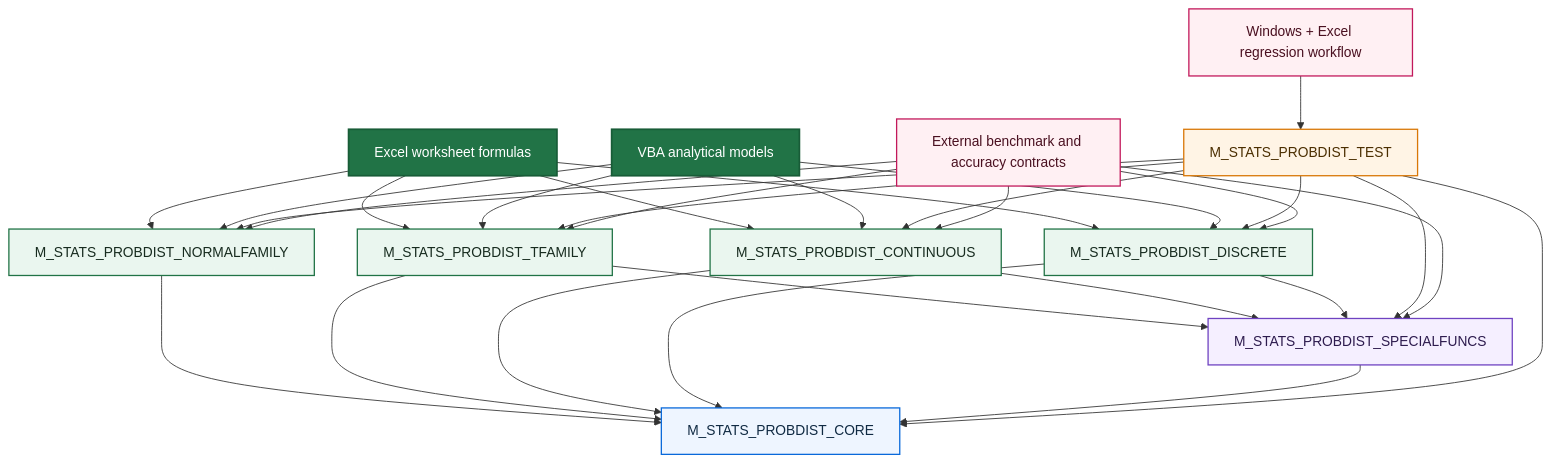
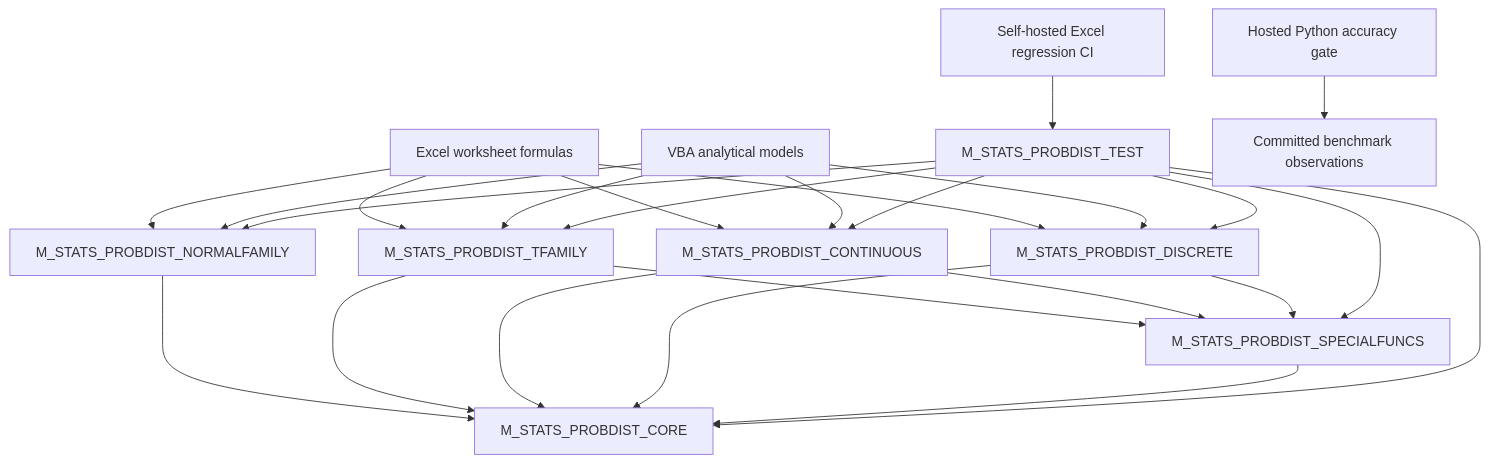
One commit to danielep71/VBA-PROBABILITY-DISTRIBUTIONS changed the diagram in README.md. Above: the diagram before and after it, drawn with Mermaid. The commit also changed other lines of this file and 1 other file, not shown here.

````diff
--- a/README.md
+++ b/README.md
@@ -462,57 +278,47 @@
 ```mermaid
 flowchart TD
-    classDef entry fill:#217346,color:#ffffff,stroke:#185c37,stroke-width:2px
-    classDef family fill:#eaf6ef,color:#172b1f,stroke:#217346,stroke-width:1.5px
-    classDef kernel fill:#f5efff,color:#2d1b4e,stroke:#6f42c1,stroke-width:1.5px
-    classDef core fill:#eef5ff,color:#102a43,stroke:#0969da,stroke-width:1.5px
-    classDef test fill:#fff4e5,color:#4b2e00,stroke:#d97706,stroke-width:1.5px
-    classDef assurance fill:#fff0f3,color:#4a1020,stroke:#c2185b,stroke-width:1.5px
+    WS[Excel worksheet formulas]
+    VBA[VBA analytical models]
 
-    WS[Excel worksheet formulas]:::entry
-    VBA[VBA analytical models]:::entry
+    NF[M_STATS_PROBDIST_NORMALFAMILY]
+    TF[M_STATS_PROBDIST_TFAMILY]
+    CT[M_STATS_PROBDIST_CONTINUOUS]
+    DS[M_STATS_PROBDIST_DISCRETE]
 
-    NF[M_STATS_PROBDIST_NORMALFAMILY]:::family
-    TF[M_STATS_PROBDIST_TFAMILY]:::family
-    CT[M_STATS_PROBDIST_CONTINUOUS]:::family
-    DS[M_STATS_PROBDIST_DISCRETE]:::family
+    SF[M_STATS_PROBDIST_SPECIALFUNCS]
+    CORE[M_STATS_PROBDIST_CORE]
+    TEST[M_STATS_PROBDIST_TEST]
 
-    SF[M_STATS_PROBDIST_SPECIALFUNCS]:::kernel
-    CORE[M_STATS_PROBDIST_CORE]:::core
-    TEST[M_STATS_PROBDIST_TEST]:::test
-
-    CI[Windows + Excel regression workflow]:::assurance
-    BENCH[External benchmark and accuracy contracts]:::assurance
+    EXCELCI[Self-hosted Excel regression CI]
+    ACC[Hosted Python accuracy gate]
+    GRID[Committed benchmark observations]
 
     WS --> NF
     WS --> TF
     WS --> CT
     WS --> DS
 
     VBA --> NF
     VBA --> TF
     VBA --> CT
     VBA --> DS
 
     NF --> CORE
     TF --> SF
     TF --> CORE
     CT --> SF
     CT --> CORE
     DS --> SF
     DS --> CORE
     SF --> CORE
 
     TEST --> CORE
     TEST --> SF
     TEST --> NF
     TEST --> TF
     TEST --> CT
     TEST --> DS
 
-    CI --> TEST
-    BENCH --> NF
-    BENCH --> TF
-    BENCH --> CT
-    BENCH --> DS
-    BENCH --> SF
+    EXCELCI --> TEST
+    ACC --> GRID
 ```
````
